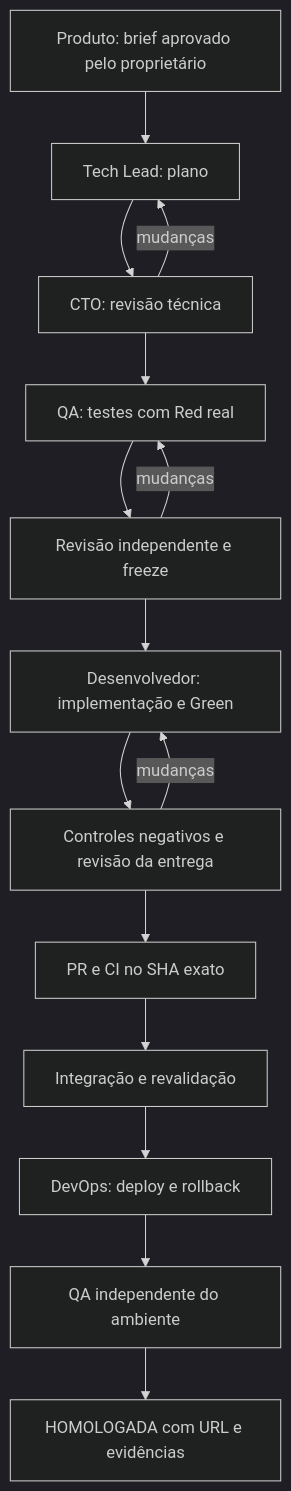
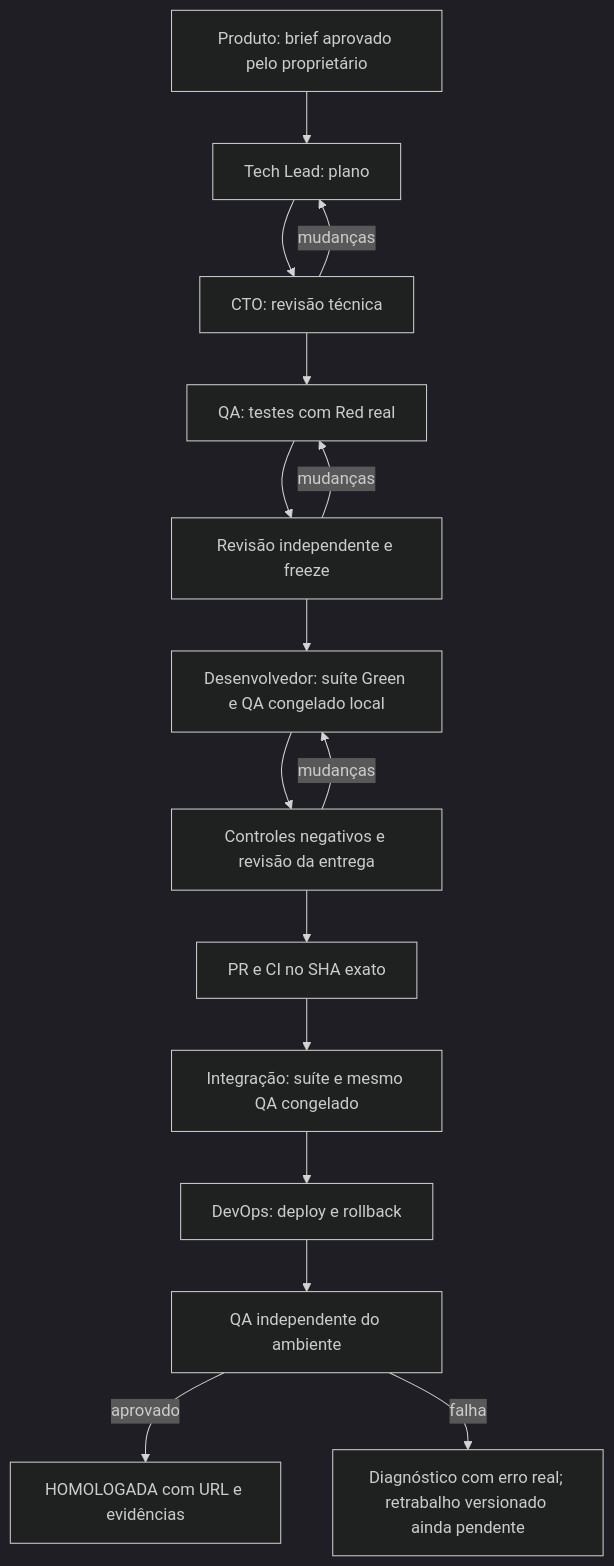
The second of 2 diagrams in README.md (codifydeep/fabriquinha), drawn with Mermaid (dark theme) before and after one commit. The commit also changed other lines of this file and 18 other files, not shown here.

````diff
--- a/README.md
+++ b/README.md
@@ -72,17 +72,18 @@
 ```mermaid
 flowchart TD
     B[Produto: brief aprovado pelo proprietário] --> P[Tech Lead: plano]
     P --> C[CTO: revisão técnica]
     C -->|mudanças| P
     C --> T[QA: testes com Red real]
     T --> F[Revisão independente e freeze]
     F -->|mudanças| T
-    F --> I[Desenvolvedor: implementação e Green]
+    F --> I[Desenvolvedor: suíte Green e QA congelado local]
     I --> N[Controles negativos e revisão da entrega]
     N -->|mudanças| I
     N --> PR[PR e CI no SHA exato]
-    PR --> M[Integração e revalidação]
+    PR --> M[Integração: suíte e mesmo QA congelado]
     M --> D[DevOps: deploy e rollback]
     D --> Q[QA independente do ambiente]
-    Q --> H[HOMOLOGADA com URL e evidências]
+    Q -->|aprovado| H[HOMOLOGADA com URL e evidências]
+    Q -->|falha| X[Diagnóstico com erro real; retrabalho versionado ainda pendente]
 ```
````
